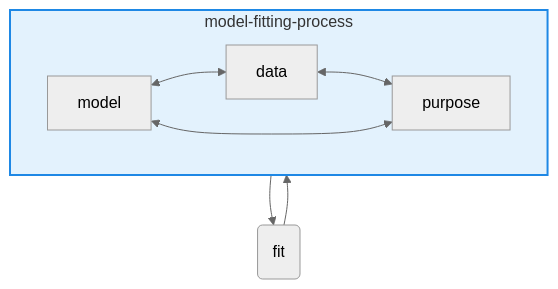
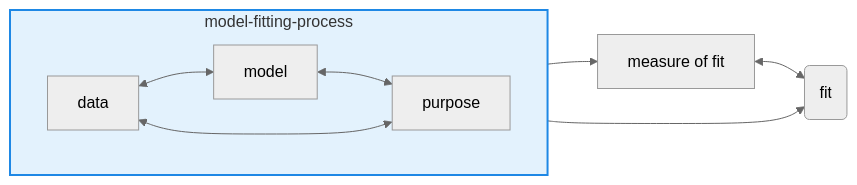
Before and after one commit to mstasinopoulos/GrossaryForDR: the fifth of 18 diagrams in Glossary of distributional regression.qmd, drawn with Mermaid (neutral theme). The commit also changed other lines of this file, not shown here.

````diff
--- a/Glossary of distributional regression.qmd
+++ b/Glossary of distributional regression.qmd
@@ -1485,19 +1655,19 @@
 ```{mermaid}
-%%| fig-width: 5
+%%| fig-width: 2
 %%| label: fig-fit
 %%| fig-cap: "The model fitting process needs both data and model which to conform with the purpose of the study  "
-flowchart TB
+flowchart LR
   subgraph model-fitting-process
    style model-fitting-process fill:#e3f2fd,stroke:#1e88e5,stroke-width:2px
     direction LR
     D[data]
     M[model]
     P[purpose]
   end
+  D <--> M
+  P <--> D
+  M <--> P
+  P --> Q
   M --> F(fit)
-  
-  M <--> D
-  D <--> P
-  M <--> P
-  F --> P
+Q[measure of fit] <--> F
 ```
````
